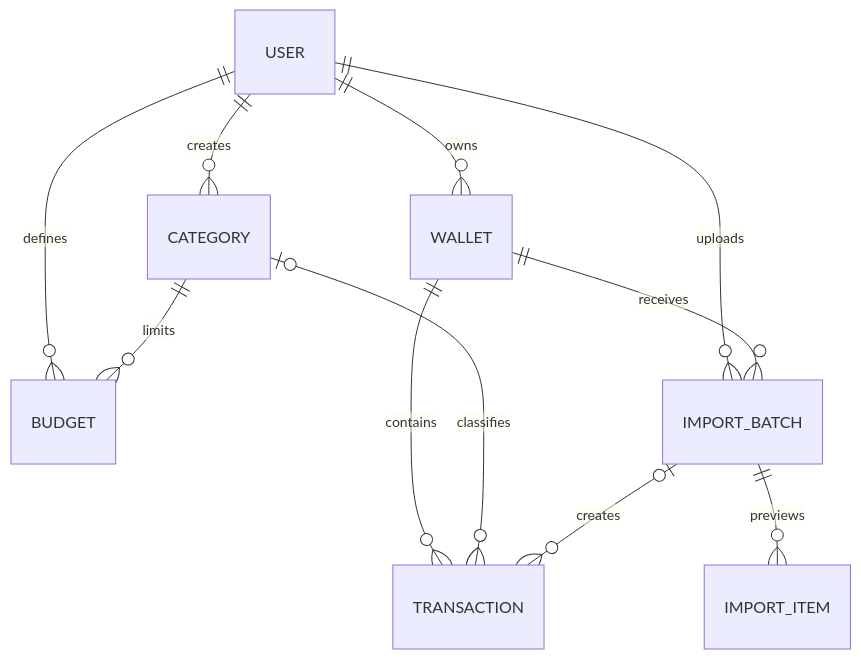
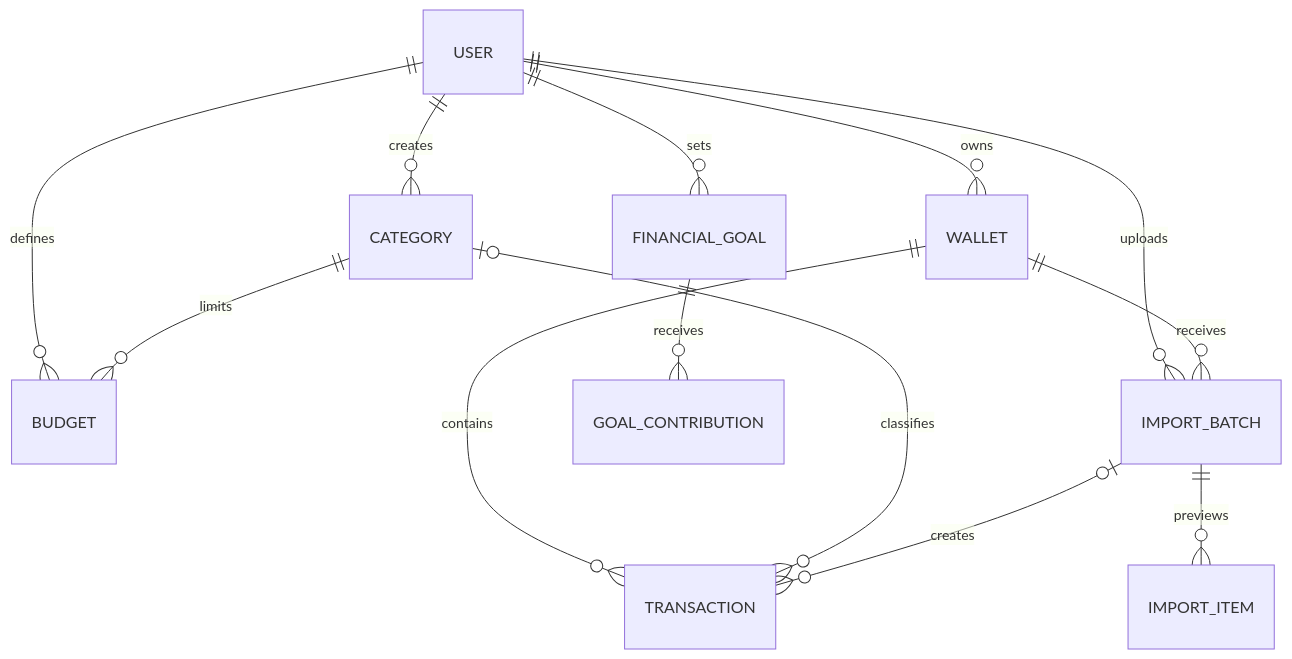
The second of 2 diagrams in README.md (JoaoPSchiavoni/expenseTrackerBack), drawn with Mermaid before and after one commit. The commit also changed other lines of this file and 14 other files, not shown here.

````diff
--- a/README.md
+++ b/README.md
@@ -74,13 +76,15 @@
 ```mermaid
 erDiagram
     USER ||--o{ WALLET : owns
     USER ||--o{ CATEGORY : creates
     USER ||--o{ BUDGET : defines
+    USER ||--o{ FINANCIAL_GOAL : sets
     USER ||--o{ IMPORT_BATCH : uploads
     WALLET ||--o{ TRANSACTION : contains
     WALLET ||--o{ IMPORT_BATCH : receives
     CATEGORY o|--o{ TRANSACTION : classifies
     CATEGORY ||--o{ BUDGET : limits
     IMPORT_BATCH ||--o{ IMPORT_ITEM : previews
     IMPORT_BATCH o|--o{ TRANSACTION : creates
+    FINANCIAL_GOAL ||--o{ GOAL_CONTRIBUTION : receives
 ```
````
